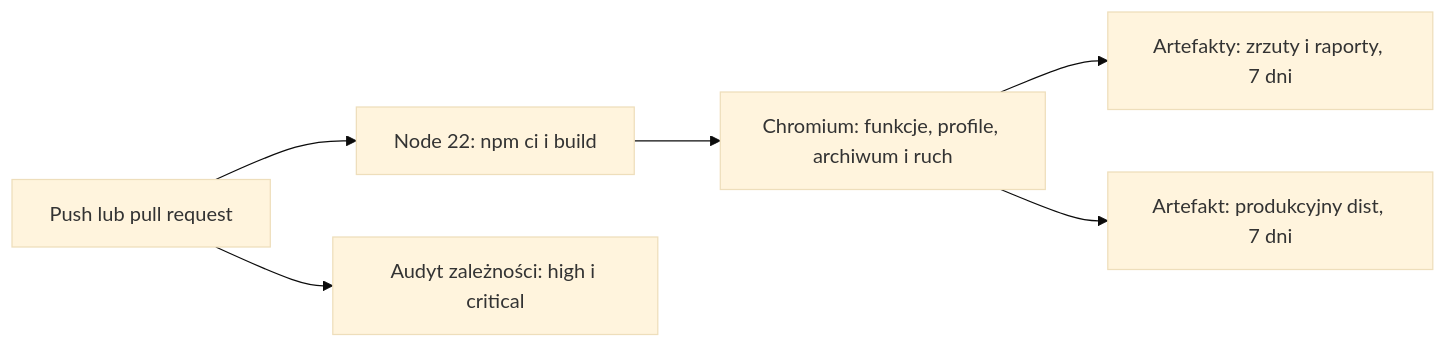
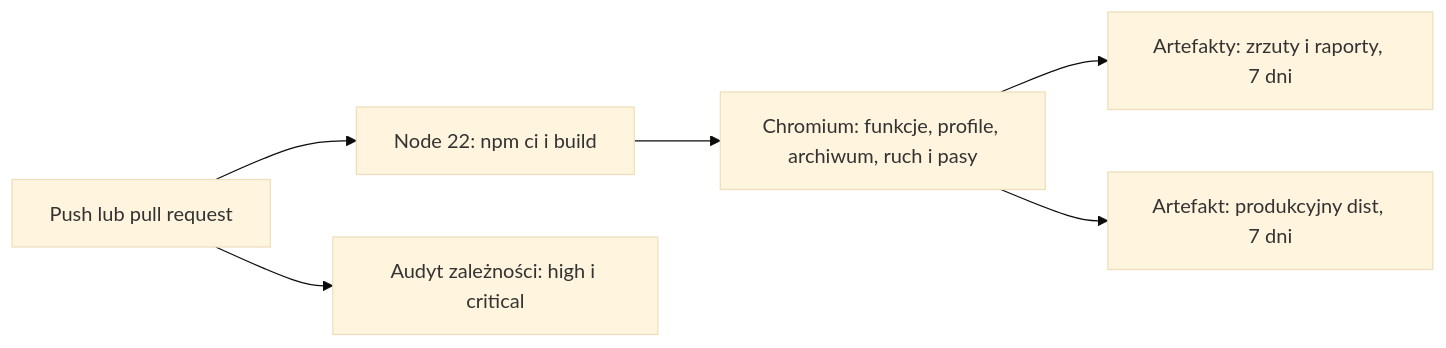
One commit to wojtekp2002/judo_club_one-page changed the fourth of 4 diagrams in README.md. Above: the diagram before and after it, drawn with Mermaid (base theme). The commit also changed other lines of this file and 18 other files, not shown here.

````diff
--- a/README.md
+++ b/README.md
@@ -226,8 +254,8 @@
 ```mermaid
 flowchart LR
   G[Push lub pull request] --> B[Node 22: npm ci i build]
-  B --> P[Chromium: funkcje, profile, archiwum i ruch]
+  B --> P[Chromium: funkcje, profile, archiwum, ruch i pasy]
   P --> Z[Artefakty: zrzuty i raporty, 7 dni]
   P --> W[Artefakt: produkcyjny dist, 7 dni]
   G --> D[Audyt zależności: high i critical]
 ```
````
